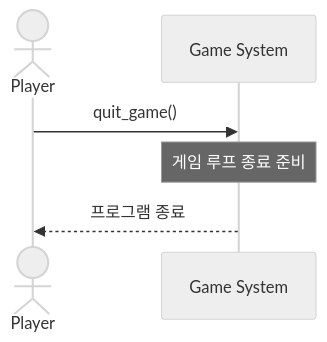
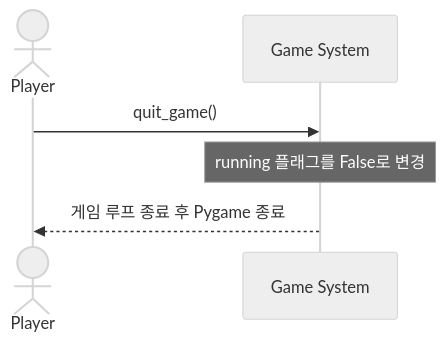
Before and after one commit to wisewo/kongoose: the third of 7 diagrams in doc/04_system_sequence_diagrams.md, drawn with Mermaid (neutral theme). The commit also changed other lines of this file and 33 other files, not shown here.

````diff
--- a/doc/04_system_sequence_diagrams.md
+++ b/doc/04_system_sequence_diagrams.md
@@ -67,9 +69,9 @@
 ```mermaid
 sequenceDiagram
     actor Player
     participant System as Game System
 
     Player->>System: quit_game()
-    Note over System: 게임 루프 종료 준비
-    System-->>Player: 프로그램 종료
+    Note over System: running 플래그를 False로 변경
+    System-->>Player: 게임 루프 종료 후 Pygame 종료
 ```
````
